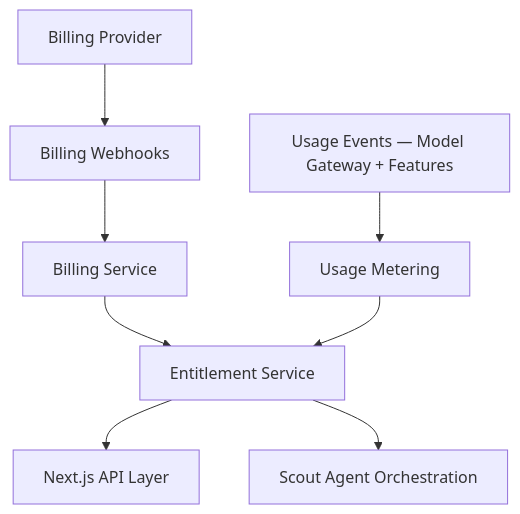
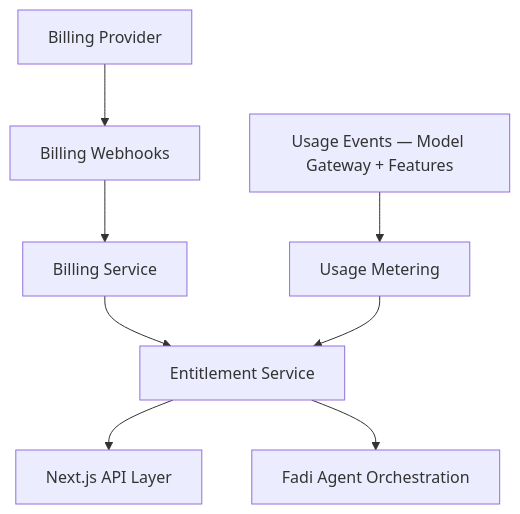
Before and after one commit to Mirzzie/Fadi: the diagram in docs/SUBSCRIPTION_AND_MONETIZATION.md, drawn with Mermaid. The commit also changed other lines of this file and 158 other files, not shown here.

First line of the commit message:
refactor!: rename agent Scout→Fadi and brand CareerOS→FadiOS

````diff
--- a/docs/SUBSCRIPTION_AND_MONETIZATION.md
+++ b/docs/SUBSCRIPTION_AND_MONETIZATION.md
@@ -55,10 +55,10 @@
 ```mermaid
 flowchart TD
     Billing[Billing Provider] --> Webhooks[Billing Webhooks]
     Webhooks --> BillingSvc[Billing Service]
     BillingSvc --> Entitlements[Entitlement Service]
     Entitlements --> API[Next.js API Layer]
-    Entitlements --> Agent[Scout Agent Orchestration]
+    Entitlements --> Agent[Fadi Agent Orchestration]
     Usage[Usage Events — Model Gateway + Features] --> Metering[Usage Metering]
     Metering --> Entitlements
 ```
````
